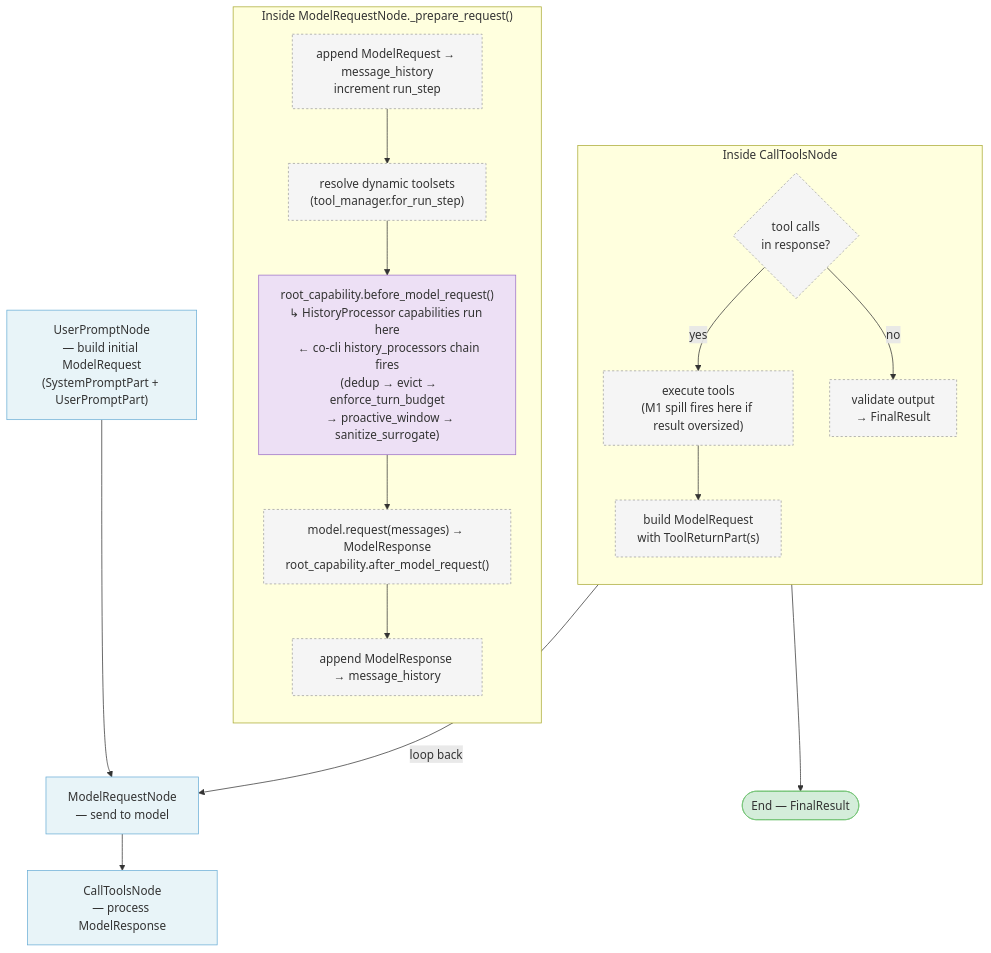
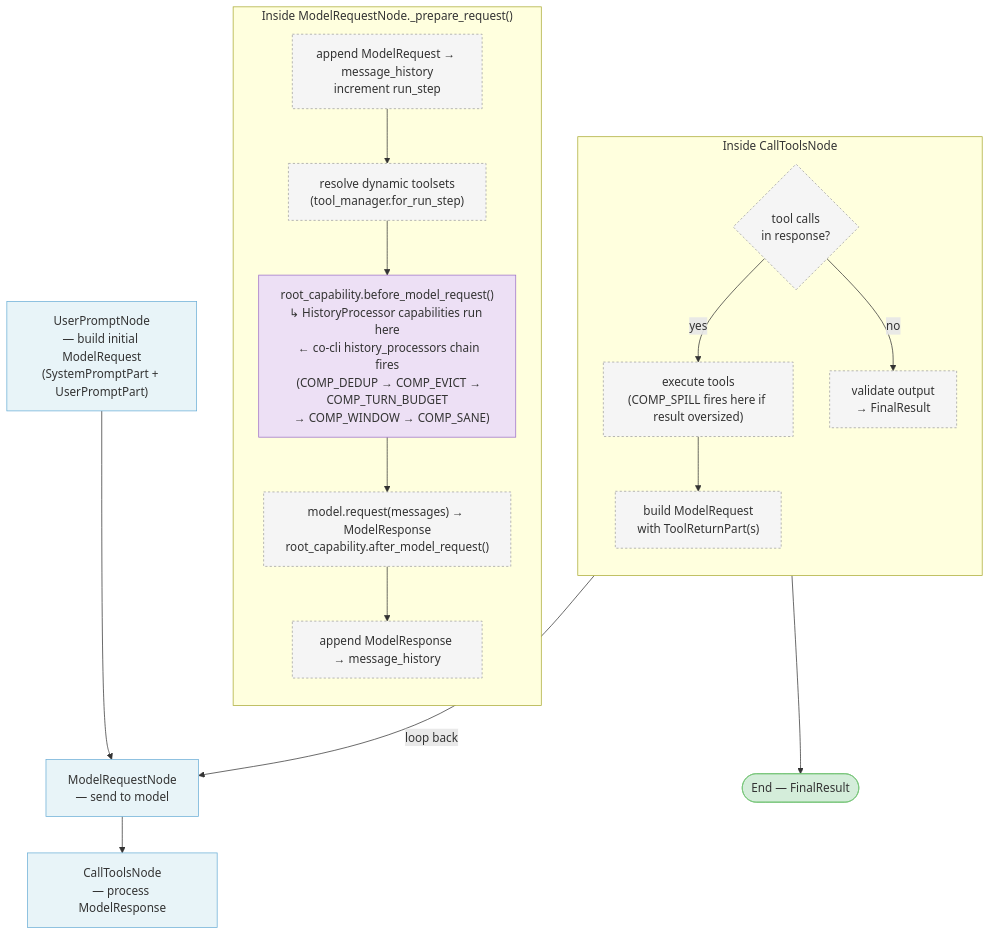
One commit to binlecode/co-cli changed the first of 7 diagrams in docs/specs/compaction.md. Above: the diagram before and after it, drawn with Mermaid. The commit also changed other lines of this file, not shown here.

First line of the commit message:
docs(compaction): replace M-labels with meaningful COMP_* CAPWORDs throughout spec

````diff
--- a/docs/specs/compaction.md
+++ b/docs/specs/compaction.md
@@ -23,42 +23,42 @@
 ```mermaid
 flowchart TD
     UPN["UserPromptNode\n— build initial ModelRequest\n(SystemPromptPart + UserPromptPart)"]
     MRN["ModelRequestNode\n— send to model"]
     CTN["CallToolsNode\n— process ModelResponse"]
     END(["End — FinalResult"])
 
     subgraph MRN_detail["Inside ModelRequestNode._prepare_request()"]
         direction TB
         p1["append ModelRequest → message_history\nincrement run_step"]
         p2["resolve dynamic toolsets\n(tool_manager.for_run_step)"]
-        p3["root_capability.before_model_request()\n↳ HistoryProcessor capabilities run here\n  ← co-cli history_processors chain fires\n  (dedup → evict → enforce_turn_budget\n   → proactive_window → sanitize_surrogate)"]
+        p3["root_capability.before_model_request()\n↳ HistoryProcessor capabilities run here\n  ← co-cli history_processors chain fires\n  (COMP_DEDUP → COMP_EVICT → COMP_TURN_BUDGET\n   → COMP_WINDOW → COMP_SANE)"]
         p4["model.request(messages) → ModelResponse\nroot_capability.after_model_request()"]
         p5["append ModelResponse → message_history"]
         p1 --> p2 --> p3 --> p4 --> p5
     end
 
     subgraph CTN_detail["Inside CallToolsNode"]
         direction TB
         c1{"tool calls\nin response?"}
-        c2["execute tools\n(M1 spill fires here if result oversized)"]
+        c2["execute tools\n(COMP_SPILL fires here if result oversized)"]
         c3["build ModelRequest\nwith ToolReturnPart(s)"]
         c4["validate output\n→ FinalResult"]
         c1 -->|"yes"| c2 --> c3
         c1 -->|"no"| c4
     end
 
     UPN --> MRN
     MRN --> CTN
     c3 -->|"loop back"| MRN
     c4 --> END
 
     classDef node fill:#e8f4f8,stroke:#6baed6
     classDef detail fill:#f5f5f5,stroke:#9e9e9e,stroke-dasharray:3 3
     classDef hook fill:#ede0f5,stroke:#9c6fc7
     classDef term fill:#d4edda,stroke:#74c476
 
     class UPN,MRN,CTN node
     class p1,p2,p4,p5,c1,c2,c3,c4 detail
     class p3 hook
     class END term
 ```
````
